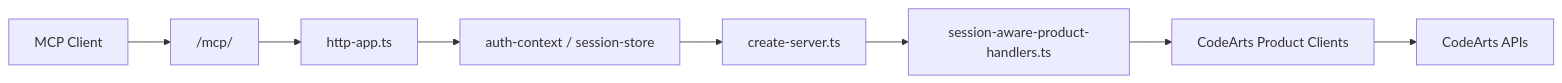
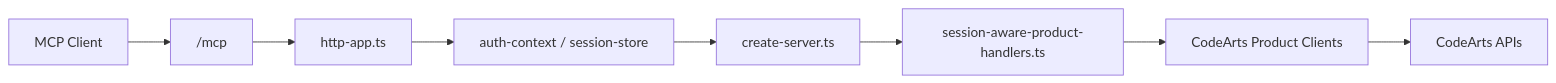
Before and after one commit to David-piex/codearts-mcp: the diagram in docs/wiki/Architecture-Deep-Dive.md, drawn with Mermaid. The commit also changed other lines of this file and 43 other files, not shown here.

````diff
--- a/docs/wiki/Architecture-Deep-Dive.md
+++ b/docs/wiki/Architecture-Deep-Dive.md
@@ -19,10 +19,10 @@
 ```mermaid
 graph LR
-    A["MCP Client"] --> B["/mcp/<family>"]
+    A["MCP Client"] --> B["/mcp"]
     B --> C["http-app.ts"]
     C --> D["auth-context / session-store"]
     D --> E["create-server.ts"]
     E --> F["session-aware-product-handlers.ts"]
     F --> G["CodeArts Product Clients"]
     G --> H["CodeArts APIs"]
 ```
````
